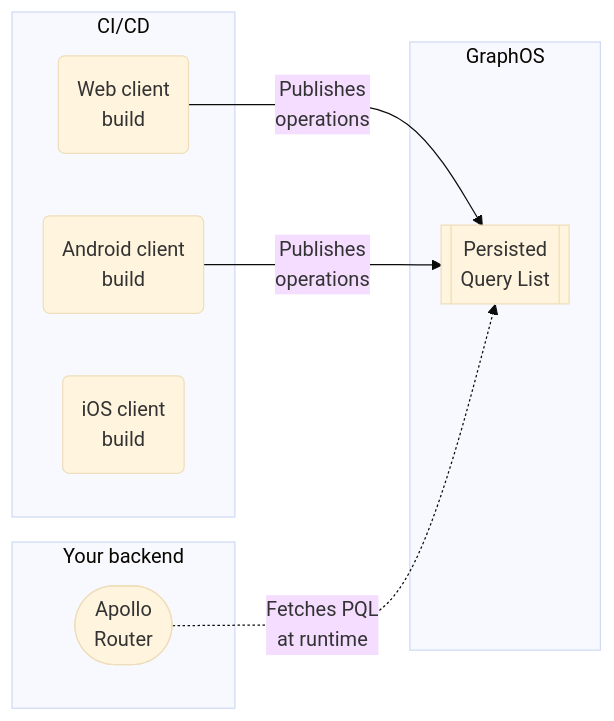
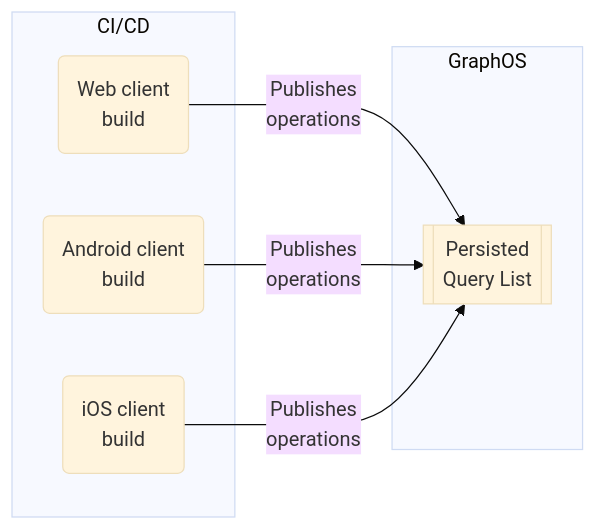
The first of 2 diagrams in src/content/graphos/basics/operations/persisted-queries.mdx (apollographql/docs), drawn with Mermaid (base theme) before and after one commit. The commit also changed other lines of this file, not shown here.

````diff
--- a/src/content/graphos/basics/operations/persisted-queries.mdx
+++ b/src/content/graphos/basics/operations/persisted-queries.mdx
@@ -16,20 +16,15 @@
 ```mermaid
 graph LR;
 
   subgraph "CI/CD"
   webClient("Web client<br/>build");
   androidClient("Android client<br/>build");
   iosClient("iOS client<br/>build");
   end
 
   subgraph "GraphOS"
   pql[[Persisted<br/>Query List]];
   end
-  
-  subgraph "Your backend"
-  router(["Apollo<br/>Router"]);
-  end
 
-  webClient & androidClient -->|Publishes<br/>operations|pql
-  router -.->|Fetches PQL<br/>at runtime|pql
+  webClient & androidClient & iosClient -->|Publishes<br/>operations|pql
 ```
````
